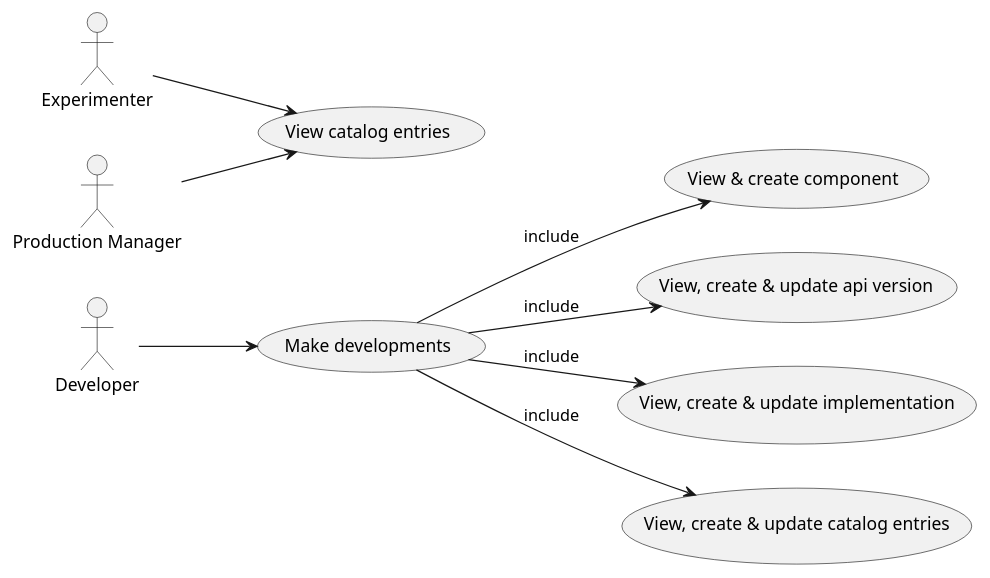
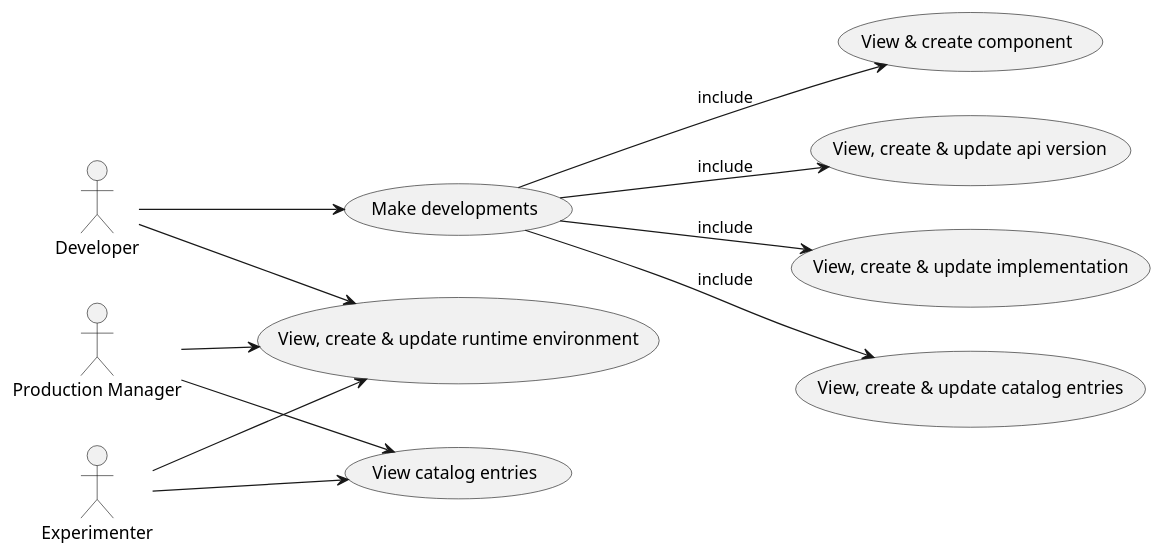
One commit to kathra-project/specifications changed the diagram in Use cases/kathra-use-cases.puml. Above: the diagram before and after it, drawn with PlantUML. The commit also changed 5 other files, not shown here.

Commit message:
Spec runtimeManager

```diff
--- a/Use cases/kathra-use-cases.puml
+++ b/Use cases/kathra-use-cases.puml
@@ -1,29 +1,33 @@
 @startuml
 'default
 left to right direction
 
 
 :developer: as "Developer"
 :experimenter: as "Experimenter"
 :productionManager: as "Production Manager"
 
 (development) as "Make developments"
 (componentFeature) as "View & create component"
 (apiVersionFeature) as "View, create & update api version"
 (implementationFeature) as "View, create & update implementation"
 (catalogFeatureManage) as "View, create & update catalog entries"
 (catalogFeatureView) as "View catalog entries"
+(runtimeFeatureManage) as "View, create & update runtime environment"
 
 
 (development) --> (componentFeature) : include
 (development) --> (apiVersionFeature) : include
 (development) --> (implementationFeature) : include
 (development) --> (catalogFeatureManage) : include
 
 developer --> (development)
+developer --> (runtimeFeatureManage)
 
 experimenter --> (catalogFeatureView)
+experimenter --> (runtimeFeatureManage)
 productionManager --> (catalogFeatureView)
+productionManager --> (runtimeFeatureManage)
 
 
 @enduml
```
